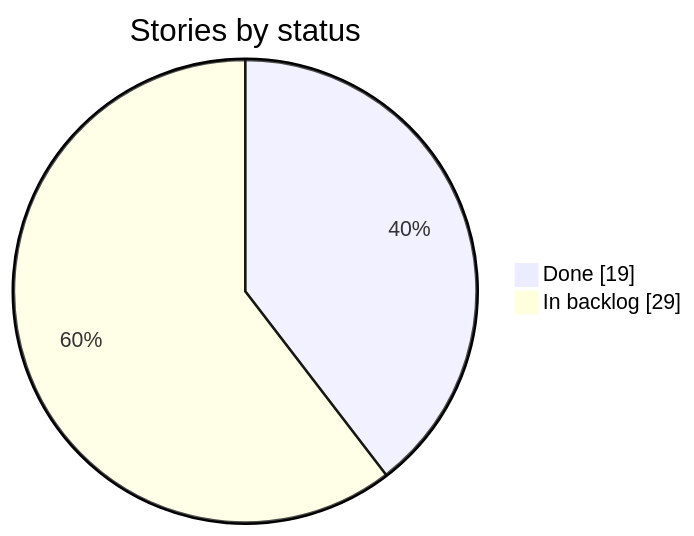
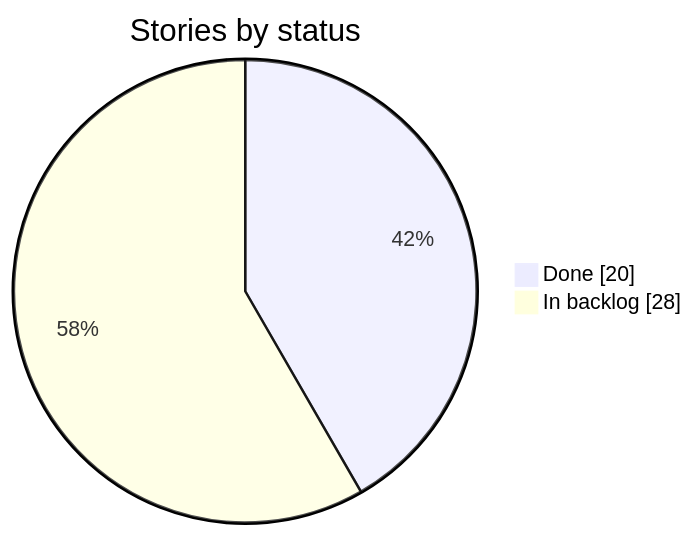
The second of 2 diagrams in DASHBOARD.md (carloshumbertoreyesortiz/agentic-sdlc-pilot), drawn with Mermaid before and after one commit. The commit also changed other lines of this file, not shown here.

````diff
--- a/DASHBOARD.md
+++ b/DASHBOARD.md
@@ -71,6 +71,6 @@
 ```mermaid
 pie showData
     title Stories by status
-    "Done" : 19
-    "In backlog" : 29
+    "Done" : 20
+    "In backlog" : 28
 ```
````
